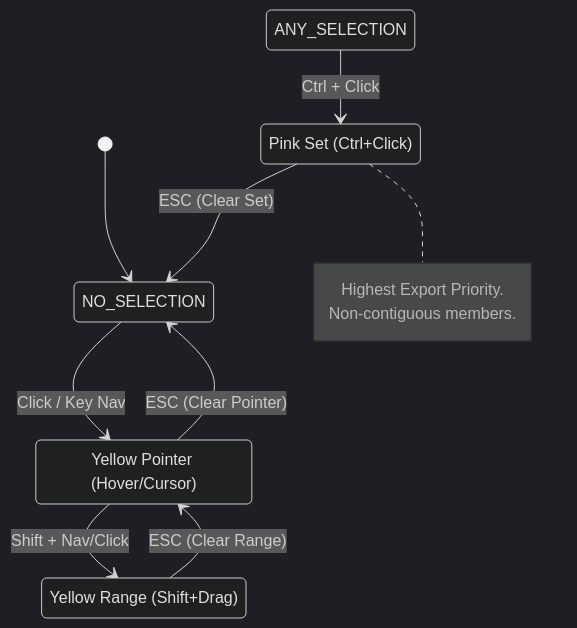
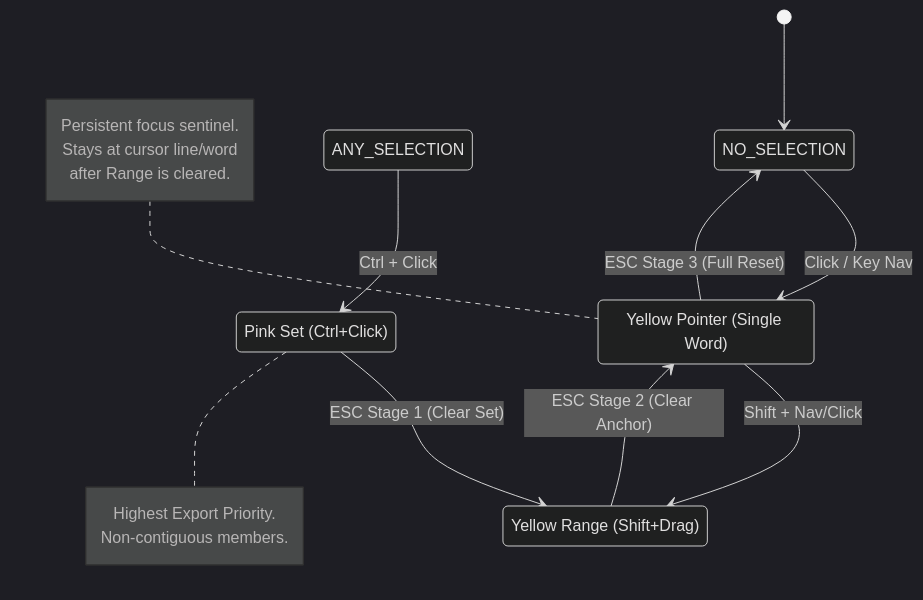
Before and after one commit to voothi/20260308110646-kardenwort-mpv: the fourth of 7 diagrams in openspec/specs/fsm-architecture/state-diagram.md, drawn with Mermaid (dark theme). The commit also changed other lines of this file and 1 other file, not shown here.

````diff
--- a/openspec/specs/fsm-architecture/state-diagram.md
+++ b/openspec/specs/fsm-architecture/state-diagram.md
@@ -100,22 +100,28 @@
 ```mermaid
 stateDiagram-v2
     [*] --> NO_SELECTION
     
-    state "Yellow Pointer (Hover/Cursor)" as POINTER
+    state "Yellow Pointer (Single Word)" as POINTER
     state "Yellow Range (Shift+Drag)" as RANGE
     state "Pink Set (Ctrl+Click)" as PINK_SET
     
     NO_SELECTION --> POINTER : Click / Key Nav
     POINTER --> RANGE : Shift + Nav/Click
     
     ANY_SELECTION --> PINK_SET : Ctrl + Click
     
-    PINK_SET --> NO_SELECTION : ESC (Clear Set)
-    RANGE --> POINTER : ESC (Clear Range)
-    POINTER --> NO_SELECTION : ESC (Clear Pointer)
+    PINK_SET --> RANGE : ESC Stage 1 (Clear Set)
+    RANGE --> POINTER : ESC Stage 2 (Clear Anchor)
+    POINTER --> NO_SELECTION : ESC Stage 3 (Full Reset)
     
     note right of PINK_SET
         Highest Export Priority.
         Non-contiguous members.
     end note
+
+    note left of POINTER
+        Persistent focus sentinel.
+        Stays at cursor line/word
+        after Range is cleared.
+    end note
 ```
````
